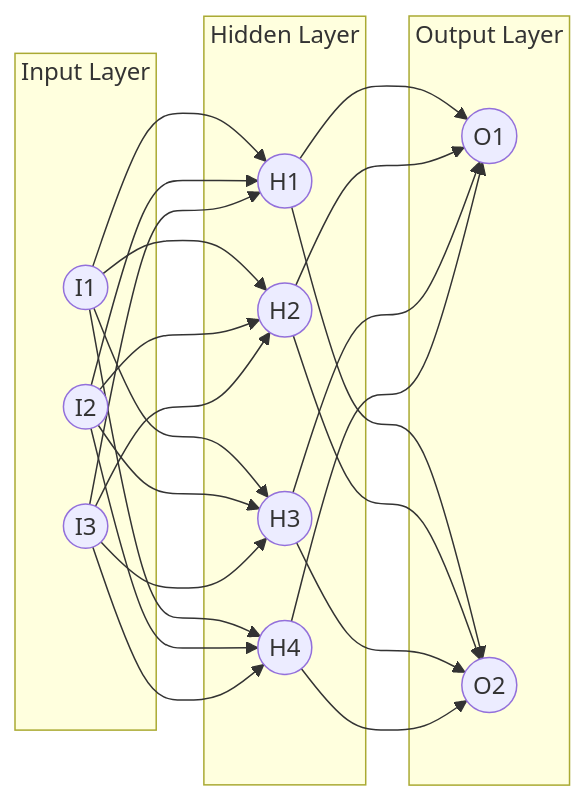
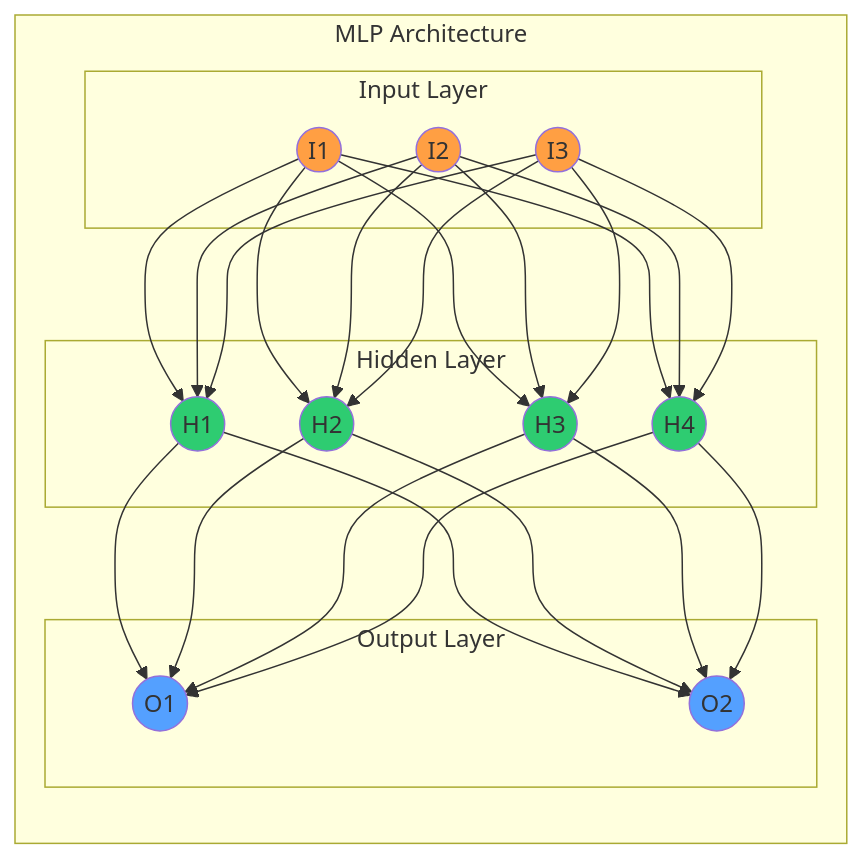
Before and after one commit to mabreyes/dlsu-lecture-slides: the ninth of 39 diagrams in mlp.md, drawn with Mermaid. The commit also changed other lines of this file and 1 other file, not shown here.

````diff
--- a/mlp.md
+++ b/mlp.md
@@ -142,23 +252,34 @@
 ```mermaid
 %%{init: {"theme": "default"}}%%
 flowchart LR
-    subgraph "Input Layer"
-        I1((I1))
-        I2((I2))
-        I3((I3))
+    subgraph "MLP Architecture" 
+        subgraph "Input Layer"
+            I1((I1))
+            I2((I2))
+            I3((I3))
+        end
+        subgraph "Hidden Layer"
+            H1((H1))
+            H2((H2))
+            H3((H3))
+            H4((H4))
+        end
+        subgraph "Output Layer"
+            O1((O1))
+            O2((O2))
+        end
+        I1 --> H1 & H2 & H3 & H4
+        I2 --> H1 & H2 & H3 & H4
+        I3 --> H1 & H2 & H3 & H4
+        H1 & H2 & H3 & H4 --> O1 & O2
     end
-    subgraph "Hidden Layer"
-        H1((H1))
-        H2((H2))
-        H3((H3))
-        H4((H4))
-    end
-    subgraph "Output Layer"
-        O1((O1))
-        O2((O2))
-    end
-    I1 --> H1 & H2 & H3 & H4
-    I2 --> H1 & H2 & H3 & H4
-    I3 --> H1 & H2 & H3 & H4
-    H1 & H2 & H3 & H4 --> O1 & O2
+    style I1 fill:#ff9f43
+    style I2 fill:#ff9f43
+    style I3 fill:#ff9f43
+    style H1 fill:#2ecc71
+    style H2 fill:#2ecc71
+    style H3 fill:#2ecc71
+    style H4 fill:#2ecc71
+    style O1 fill:#54a0ff
+    style O2 fill:#54a0ff
 ```
````
